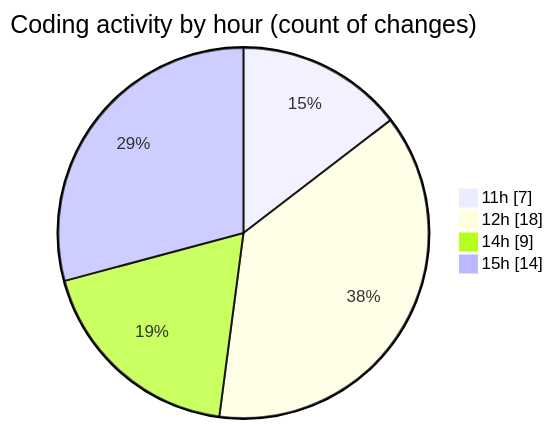
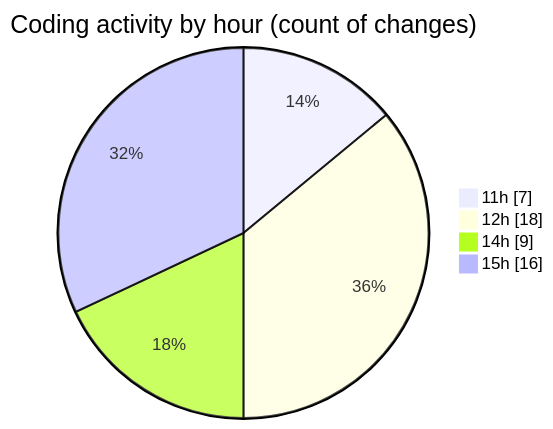
The second of 2 diagrams in 2025-09-25/nxtqube_webapp/README.md (nxtqubesakshisongat/code-tracking), drawn with Mermaid before and after one commit. The commit also changed other lines of this file and 1 other file, not shown here.

````diff
--- a/2025-09-25/nxtqube_webapp/README.md
+++ b/2025-09-25/nxtqube_webapp/README.md
@@ -31,8 +31,8 @@
 ```mermaid
 pie showData
 title Coding activity by hour (count of changes)
 "11h" : 7
 "12h" : 18
 "14h" : 9
-"15h" : 14
+"15h" : 16
 ```
````
